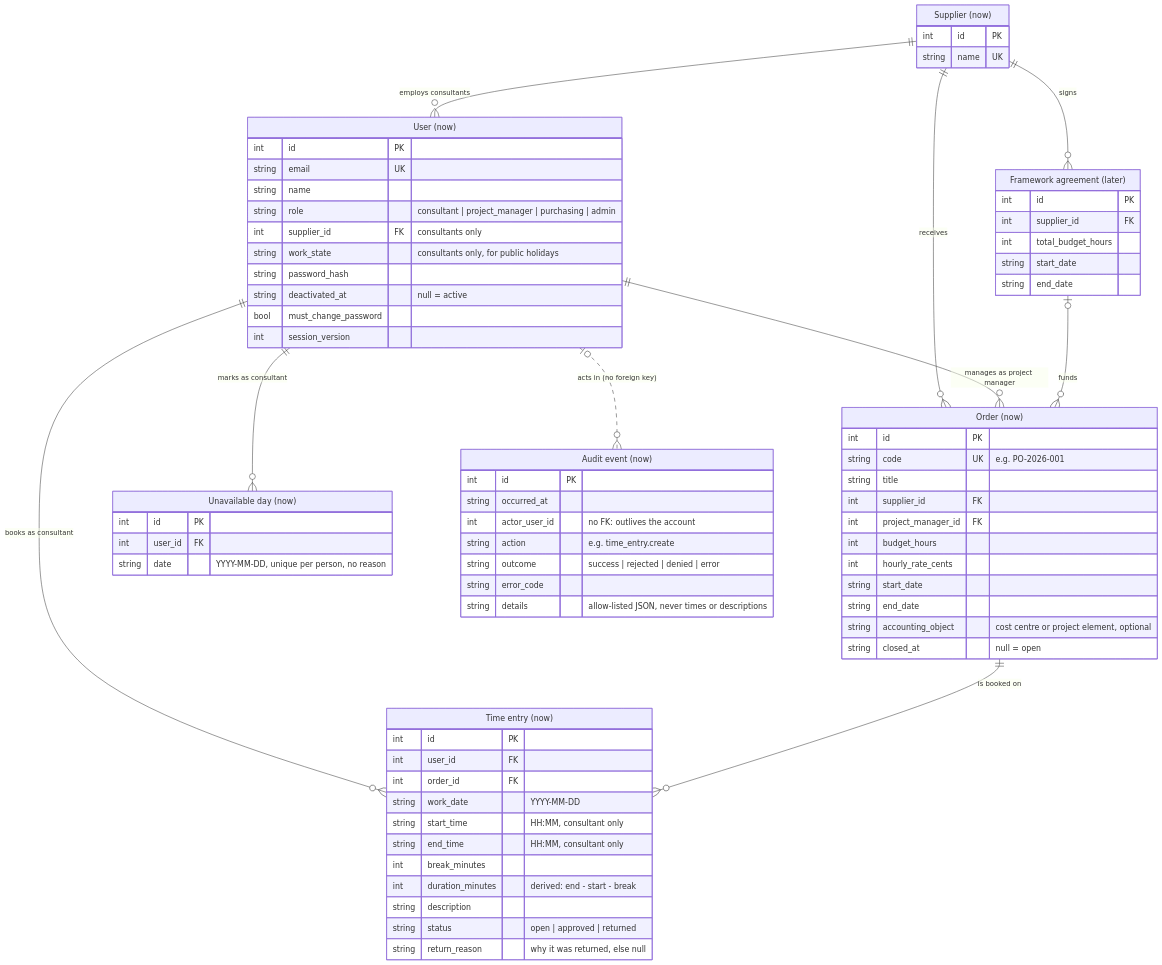
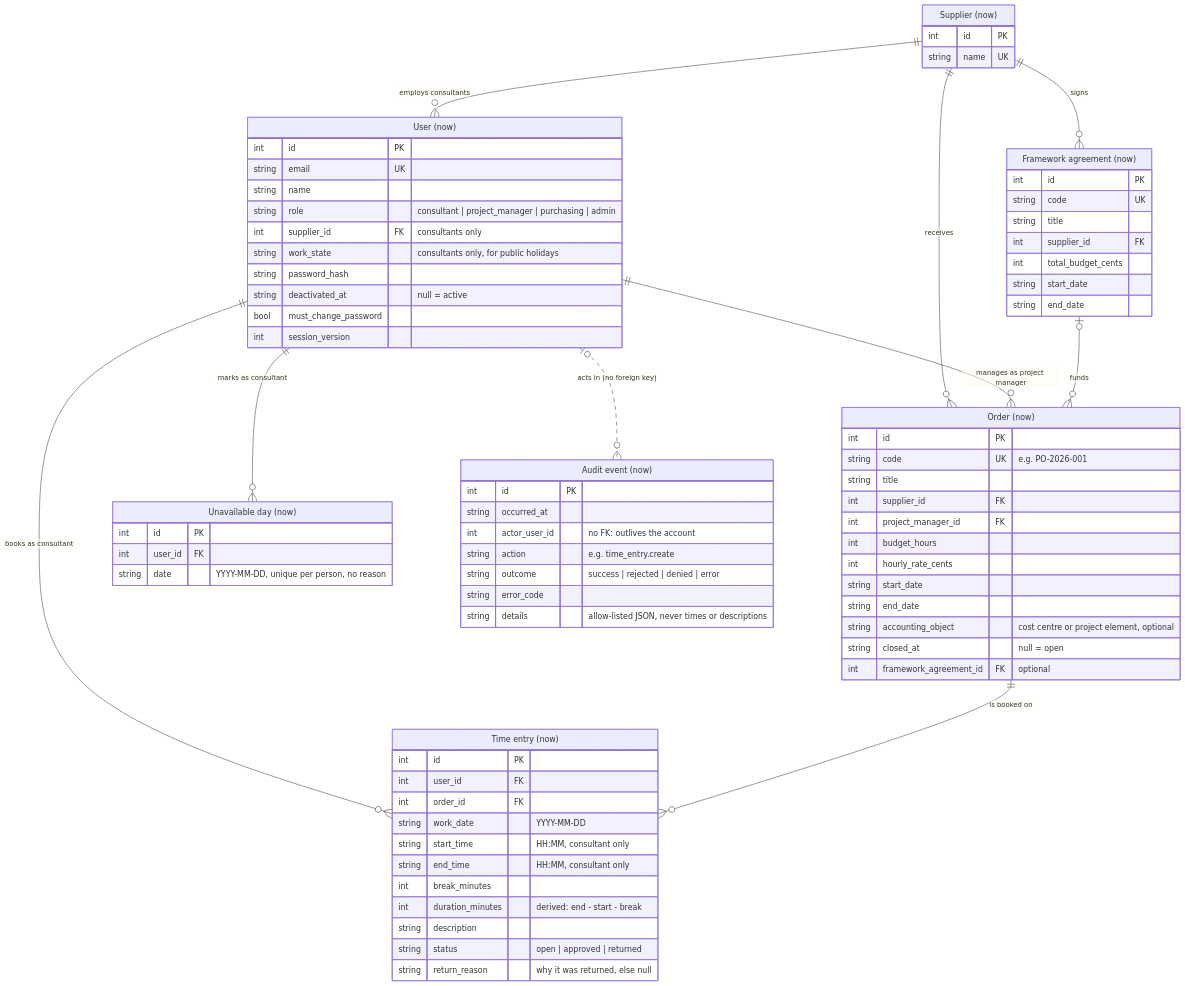
The diagram in docs/domain.md (devjimah/code-six-timebooking), drawn with Mermaid before and after one commit. The commit also changed other lines of this file and 37 other files, not shown here.

First line of the commit message:
feat: framework agreements with a hard budget limit, and a supplier overview

````diff
--- a/docs/domain.md
+++ b/docs/domain.md
@@ -34,77 +35,80 @@
 ```mermaid
 erDiagram
     SUPPLIER ||--o{ USER : "employs consultants"
     SUPPLIER ||--o{ ORDER : "receives"
     USER ||--o{ ORDER : "manages as project manager"
     USER ||--o{ TIME_ENTRY : "books as consultant"
     ORDER ||--o{ TIME_ENTRY : "is booked on"
     USER ||--o{ UNAVAILABLE_DAY : "marks as consultant"
     USER |o..o{ AUDIT_EVENT : "acts in (no foreign key)"
 
     SUPPLIER ||--o{ FRAMEWORK_AGREEMENT : "signs"
     FRAMEWORK_AGREEMENT |o--o{ ORDER : "funds"
 
     SUPPLIER["Supplier (now)"] {
         int id PK
         string name UK
     }
     USER["User (now)"] {
         int id PK
         string email UK
         string name
         string role "consultant | project_manager | purchasing | admin"
         int supplier_id FK "consultants only"
         string work_state "consultants only, for public holidays"
         string password_hash
         string deactivated_at "null = active"
         bool must_change_password
         int session_version
     }
     ORDER["Order (now)"] {
         int id PK
         string code UK "e.g. PO-2026-001"
         string title
         int supplier_id FK
         int project_manager_id FK
         int budget_hours
         int hourly_rate_cents
         string start_date
         string end_date
         string accounting_object "cost centre or project element, optional"
         string closed_at "null = open"
+        int framework_agreement_id FK "optional"
     }
     TIME_ENTRY["Time entry (now)"] {
         int id PK
         int user_id FK
         int order_id FK
         string work_date "YYYY-MM-DD"
         string start_time "HH:MM, consultant only"
         string end_time "HH:MM, consultant only"
         int break_minutes
         int duration_minutes "derived: end - start - break"
         string description
         string status "open | approved | returned"
         string return_reason "why it was returned, else null"
     }
     UNAVAILABLE_DAY["Unavailable day (now)"] {
         int id PK
         int user_id FK
         string date "YYYY-MM-DD, unique per person, no reason"
     }
     AUDIT_EVENT["Audit event (now)"] {
         int id PK
         string occurred_at
         int actor_user_id "no FK: outlives the account"
         string action "e.g. time_entry.create"
         string outcome "success | rejected | denied | error"
         string error_code
         string details "allow-listed JSON, never times or descriptions"
     }
-    FRAMEWORK_AGREEMENT["Framework agreement (later)"] {
+    FRAMEWORK_AGREEMENT["Framework agreement (now)"] {
         int id PK
+        string code UK
+        string title
         int supplier_id FK
-        int total_budget_hours
+        int total_budget_cents
         string start_date
         string end_date
     }
 ```
````
